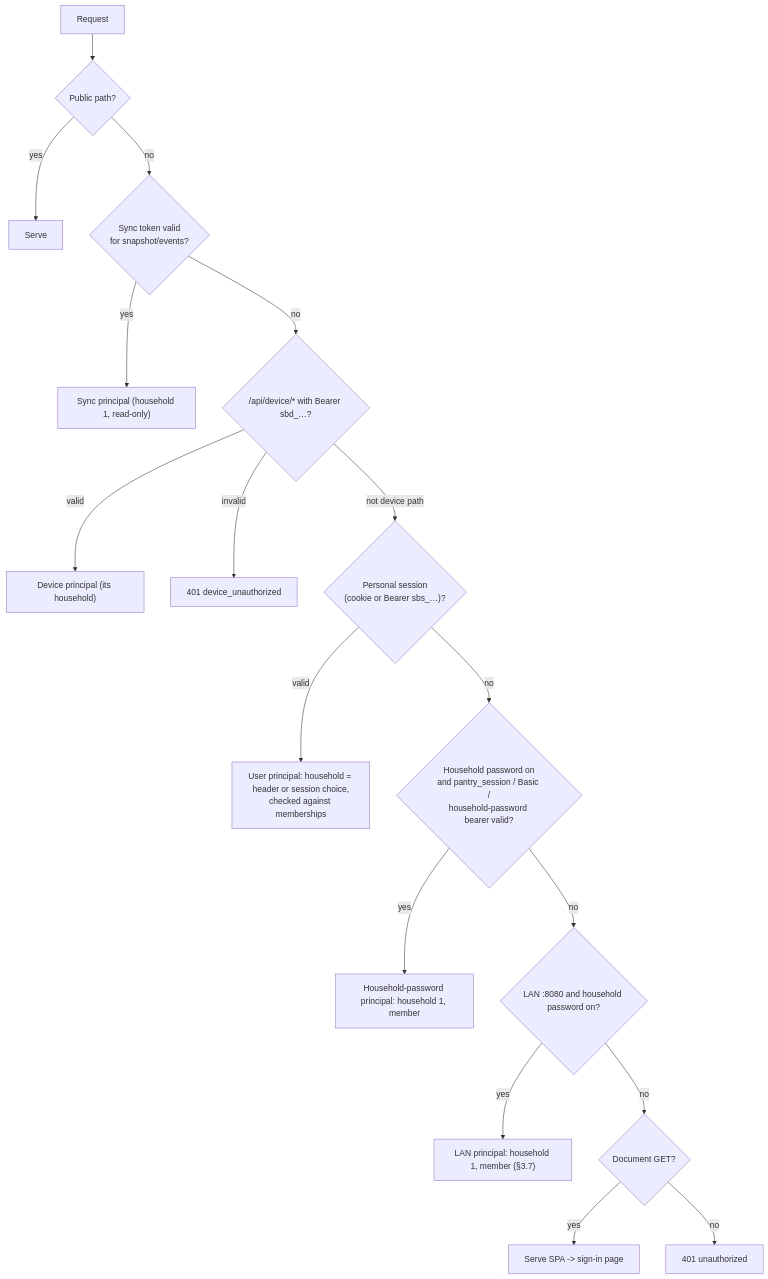
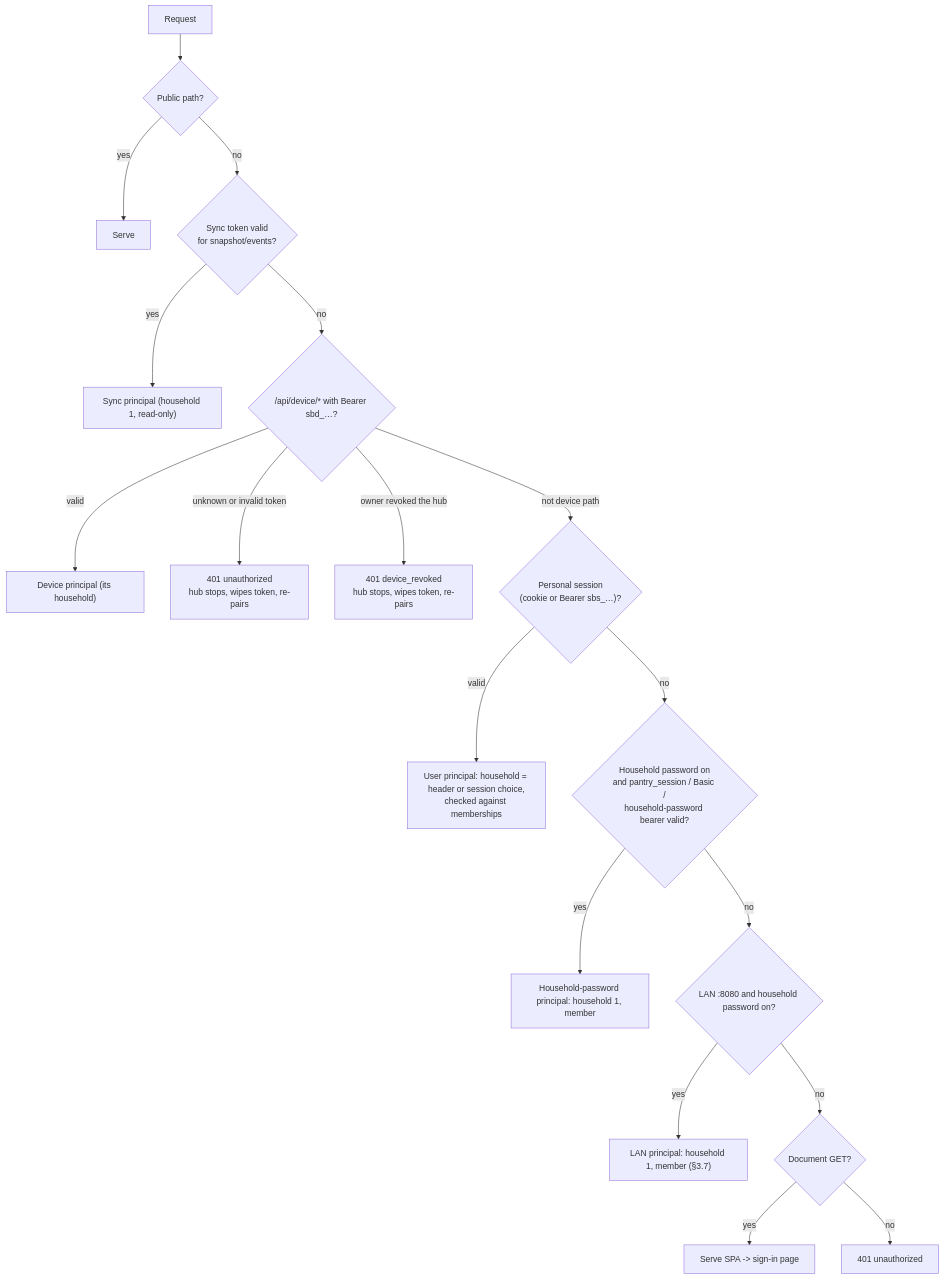
The fourth of 9 diagrams in docs/design/multi-household-staged.md (Rhionin/stockbot), drawn with Mermaid before and after one commit. The commit also changed other lines of this file, not shown here.

Commit message:
docs: align staged plan with #364 review (device 401 codes, 426 for old builds)

````diff
--- a/docs/design/multi-household-staged.md
+++ b/docs/design/multi-household-staged.md
@@ -237,19 +237,20 @@
 ```mermaid
 flowchart TD
   R[Request] --> P{Public path?}
   P -->|yes| OK[Serve]
   P -->|no| SY{Sync token valid<br/>for snapshot/events?}
   SY -->|yes| SYNC["Sync principal (household 1, read-only)"]
   SY -->|no| DV{"/api/device/* with Bearer sbd_…?"}
   DV -->|valid| DEV["Device principal (its household)"]
-  DV -->|invalid| E401[401 device_unauthorized]
+  DV -->|unknown or invalid token| E401["401 unauthorized<br/>hub stops, wipes token, re-pairs"]
+  DV -->|owner revoked the hub| EREV["401 device_revoked<br/>hub stops, wipes token, re-pairs"]
   DV -->|not device path| PS{"Personal session<br/>(cookie or Bearer sbs_…)?"}
   PS -->|valid| USER["User principal: household = header or session choice,<br/>checked against memberships"]
   PS -->|no| LG{"Household password on<br/>and pantry_session / Basic /<br/>household-password bearer valid?"}
   LG -->|yes| LEG["Household-password principal: household 1, member"]
   LG -->|no| LAN{"LAN :8080 and household password on?"}
   LAN -->|yes| LANP["LAN principal: household 1, member (§3.7)"]
   LAN -->|no| DOC{Document GET?}
   DOC -->|yes| SPA[Serve SPA -> sign-in page]
   DOC -->|no| U401[401 unauthorized]
 ```
````
